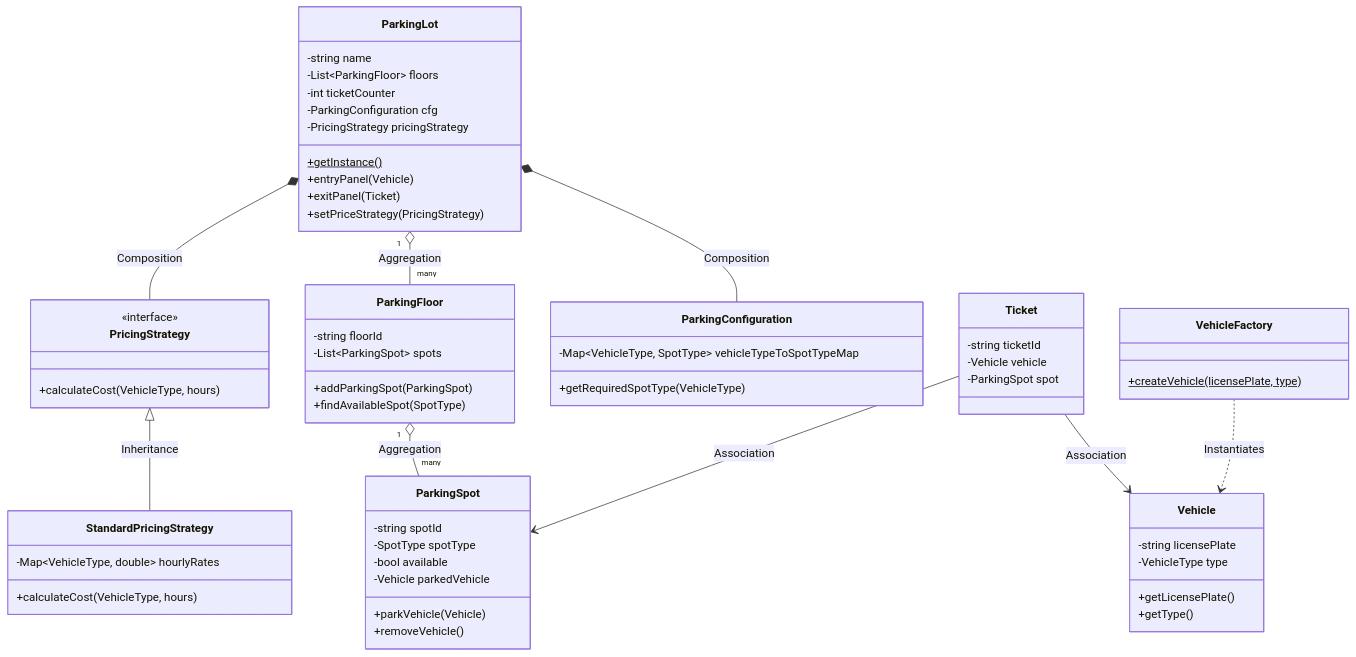
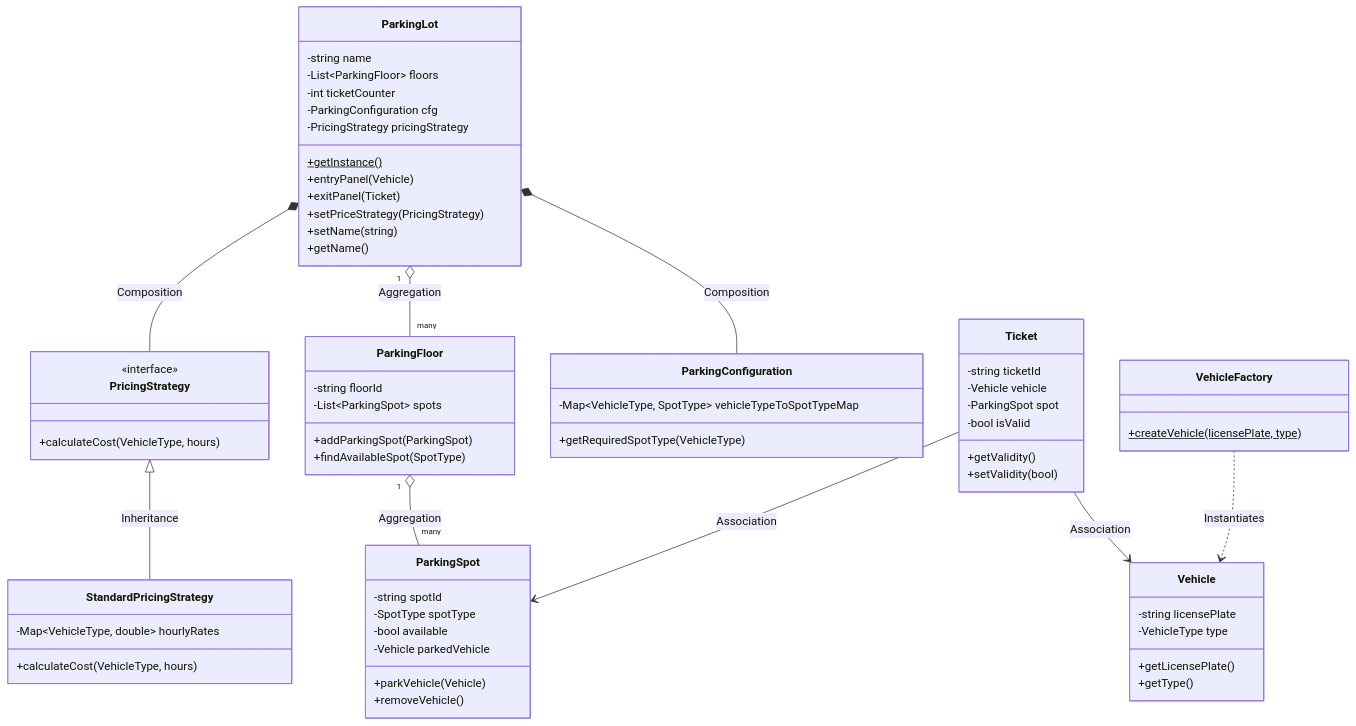
The first of 2 diagrams in README.md (avkhalkar/LLD-Parking-Lot), drawn with Mermaid before and after one commit. The commit also changed other lines of this file, not shown here.

````diff
--- a/README.md
+++ b/README.md
@@ -45,71 +45,76 @@
 ```mermaid
 classDiagram
     class Vehicle {
       -string licensePlate
       -VehicleType type
       +getLicensePlate()
       +getType()
     }
 
     class VehicleFactory {
       +createVehicle(licensePlate, type)$
     }
 
     class ParkingSpot {
       -string spotId
       -SpotType spotType
       -bool available
       -Vehicle parkedVehicle
       +parkVehicle(Vehicle)
       +removeVehicle()
     }
 
     class ParkingFloor {
       -string floorId
       -List~ParkingSpot~ spots
       +addParkingSpot(ParkingSpot)
       +findAvailableSpot(SpotType)
     }
 
     class ParkingConfiguration {
       -Map~VehicleType, SpotType~ vehicleTypeToSpotTypeMap
       +getRequiredSpotType(VehicleType)
     }
 
     class PricingStrategy {
       <<interface>>
       +calculateCost(VehicleType, hours)
     }
 
     class StandardPricingStrategy {
       -Map~VehicleType, double~ hourlyRates
       +calculateCost(VehicleType, hours)
     }
 
     class Ticket {
       -string ticketId
       -Vehicle vehicle
       -ParkingSpot spot
+      -bool isValid
+      +getValidity()
+      +setValidity(bool)
     }
 
     class ParkingLot {
       -string name
       -List~ParkingFloor~ floors
       -int ticketCounter
       -ParkingConfiguration cfg
       -PricingStrategy pricingStrategy
       +getInstance()$
       +entryPanel(Vehicle)
       +exitPanel(Ticket)
       +setPriceStrategy(PricingStrategy)
+      +setName(string)
+      +getName()
     }
 
     ParkingLot *-- ParkingConfiguration : Composition
     ParkingLot *-- PricingStrategy : Composition
     PricingStrategy <|-- StandardPricingStrategy : Inheritance
     ParkingLot "1" o-- "many" ParkingFloor : Aggregation
     ParkingFloor "1" o-- "many" ParkingSpot : Aggregation
     Ticket --> Vehicle : Association
     Ticket --> ParkingSpot : Association
     VehicleFactory ..> Vehicle : Instantiates
 ```
````
